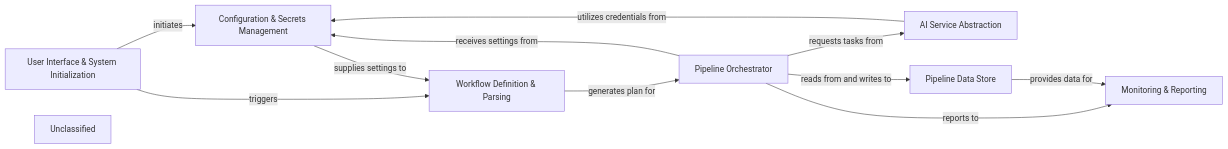
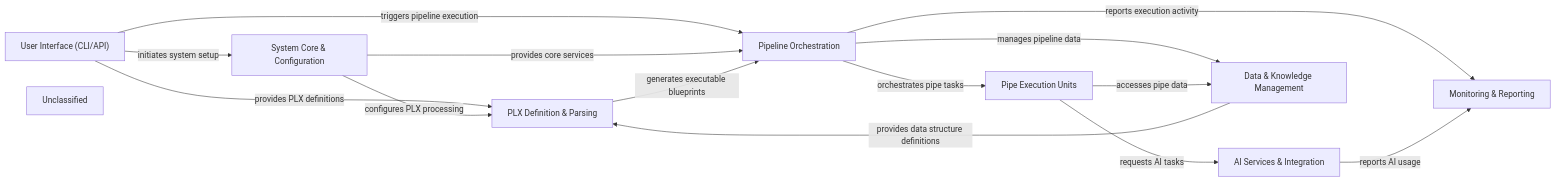
One commit to mariyam866/pipelex changed the diagram in .codeboarding/overview.md. Above: the diagram before and after it, drawn with Mermaid. The commit also changed other lines of this file and 27 other files, not shown here.

````diff
--- a/.codeboarding/overview.md
+++ b/.codeboarding/overview.md
@@ -1,28 +1,29 @@
 ```mermaid
 graph LR
-    User_Interface_System_Initialization["User Interface & System Initialization"]
-    Workflow_Definition_Parsing["Workflow Definition & Parsing"]
-    Pipeline_Orchestrator["Pipeline Orchestrator"]
-    AI_Service_Abstraction["AI Service Abstraction"]
-    Pipeline_Data_Store["Pipeline Data Store"]
-    Configuration_Secrets_Management["Configuration & Secrets Management"]
+    System_Core_Configuration["System Core & Configuration"]
+    PLX_Definition_Parsing["PLX Definition & Parsing"]
+    Pipeline_Orchestration["Pipeline Orchestration"]
+    Pipe_Execution_Units["Pipe Execution Units"]
+    AI_Services_Integration["AI Services & Integration"]
+    Data_Knowledge_Management["Data & Knowledge Management"]
     Monitoring_Reporting["Monitoring & Reporting"]
+    User_Interface_CLI_API_["User Interface (CLI/API)"]
     Unclassified["Unclassified"]
-    User_Interface_System_Initialization -- "initiates" --> Configuration_Secrets_Management
-    User_Interface_System_Initialization -- "triggers" --> Workflow_Definition_Parsing
-    Configuration_Secrets_Management -- "supplies settings to" --> Workflow_Definition_Parsing
-    Workflow_Definition_Parsing -- "generates plan for" --> Pipeline_Orchestrator
-    Pipeline_Orchestrator -- "receives settings from" --> Configuration_Secrets_Management
-    Pipeline_Orchestrator -- "reads from and writes to" --> Pipeline_Data_Store
-    Pipeline_Orchestrator -- "requests tasks from" --> AI_Service_Abstraction
-    AI_Service_Abstraction -- "utilizes credentials from" --> Configuration_Secrets_Management
-    Pipeline_Orchestrator -- "reports to" --> Monitoring_Reporting
-    Pipeline_Data_Store -- "provides data for" --> Monitoring_Reporting
-    click User_Interface_System_Initialization href "https://github.com/Pipelex/pipelex/blob/main/.codeboarding/User_Interface_System_Initialization.md" "Details"
-    click Workflow_Definition_Parsing href "https://github.com/Pipelex/pipelex/blob/main/.codeboarding/Workflow_Definition_Parsing.md" "Details"
-    click Pipeline_Orchestrator href "https://github.com/Pipelex/pipelex/blob/main/.codeboarding/Pipeline_Orchestrator.md" "Details"
-    click AI_Service_Abstraction href "https://github.com/Pipelex/pipelex/blob/main/.codeboarding/AI_Service_Abstraction.md" "Details"
-    click Pipeline_Data_Store href "https://github.com/Pipelex/pipelex/blob/main/.codeboarding/Pipeline_Data_Store.md" "Details"
-    click Configuration_Secrets_Management href "https://github.com/Pipelex/pipelex/blob/main/.codeboarding/Configuration_Secrets_Management.md" "Details"
+    User_Interface_CLI_API_ -- "initiates system setup" --> System_Core_Configuration
+    User_Interface_CLI_API_ -- "provides PLX definitions" --> PLX_Definition_Parsing
+    User_Interface_CLI_API_ -- "triggers pipeline execution" --> Pipeline_Orchestration
+    System_Core_Configuration -- "configures PLX processing" --> PLX_Definition_Parsing
+    System_Core_Configuration -- "provides core services" --> Pipeline_Orchestration
+    PLX_Definition_Parsing -- "generates executable blueprints" --> Pipeline_Orchestration
+    Pipeline_Orchestration -- "orchestrates pipe tasks" --> Pipe_Execution_Units
+    Pipeline_Orchestration -- "manages pipeline data" --> Data_Knowledge_Management
+    Pipeline_Orchestration -- "reports execution activity" --> Monitoring_Reporting
+    Pipe_Execution_Units -- "requests AI tasks" --> AI_Services_Integration
+    Pipe_Execution_Units -- "accesses pipe data" --> Data_Knowledge_Management
+    AI_Services_Integration -- "reports AI usage" --> Monitoring_Reporting
+    Data_Knowledge_Management -- "provides data structure definitions" --> PLX_Definition_Parsing
+    click Pipe_Execution_Units href "https://github.com/Pipelex/pipelex/blob/main/.codeboarding/Pipe_Execution_Units.md" "Details"
+    click AI_Services_Integration href "https://github.com/Pipelex/pipelex/blob/main/.codeboarding/AI_Services_Integration.md" "Details"
+    click Data_Knowledge_Management href "https://github.com/Pipelex/pipelex/blob/main/.codeboarding/Data_Knowledge_Management.md" "Details"
     click Monitoring_Reporting href "https://github.com/Pipelex/pipelex/blob/main/.codeboarding/Monitoring_Reporting.md" "Details"
 ```
````
